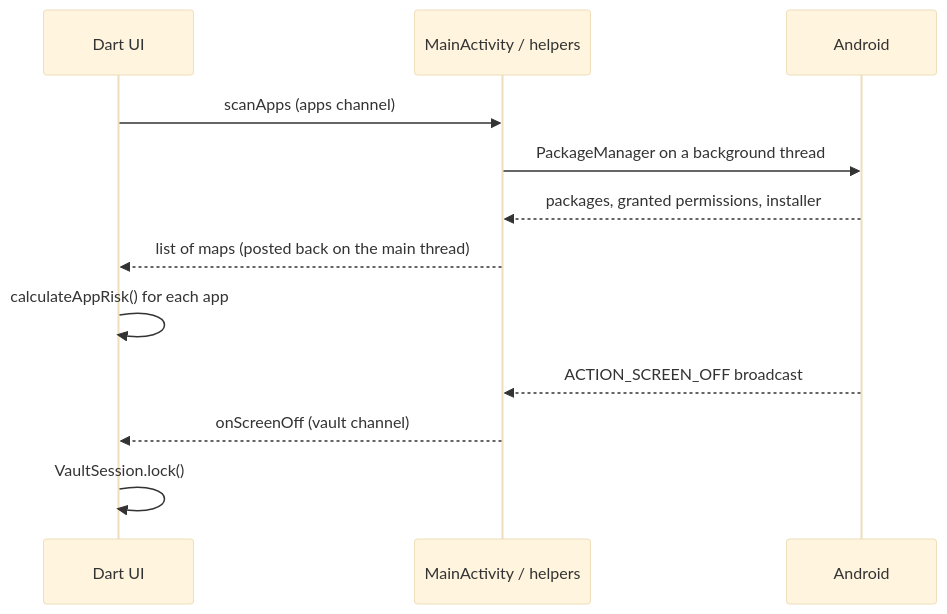
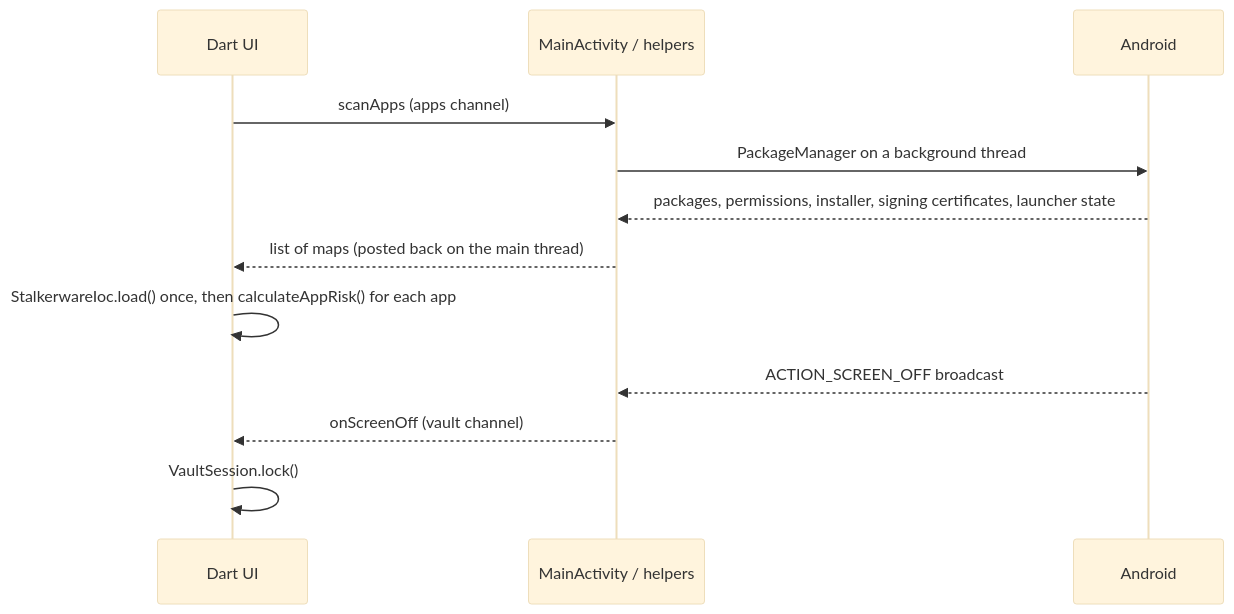
Before and after one commit to Ihebnsir/sentinel: the second of 5 diagrams in docs/ARCHITECTURE.md, drawn with Mermaid (base theme). The commit also changed other lines of this file and 22 other files, not shown here.

Commit message:
Détection apps falsifiées (signatures) + stalkerware (IOC Echap CC BY 4.0), 258 tests

````diff
--- a/docs/ARCHITECTURE.md
+++ b/docs/ARCHITECTURE.md
@@ -66,14 +67,14 @@
 ```mermaid
 sequenceDiagram
   participant UI as Dart UI
   participant MA as MainActivity / helpers
   participant OS as Android
   UI->>MA: scanApps (apps channel)
   MA->>OS: PackageManager on a background thread
-  OS-->>MA: packages, granted permissions, installer
+  OS-->>MA: packages, permissions, installer, signing certificates, launcher state
   MA-->>UI: list of maps (posted back on the main thread)
-  UI->>UI: calculateAppRisk() for each app
+  UI->>UI: StalkerwareIoc.load() once, then calculateAppRisk() for each app
   OS-->>MA: ACTION_SCREEN_OFF broadcast
   MA-->>UI: onScreenOff (vault channel)
   UI->>UI: VaultSession.lock()
 ```
````
